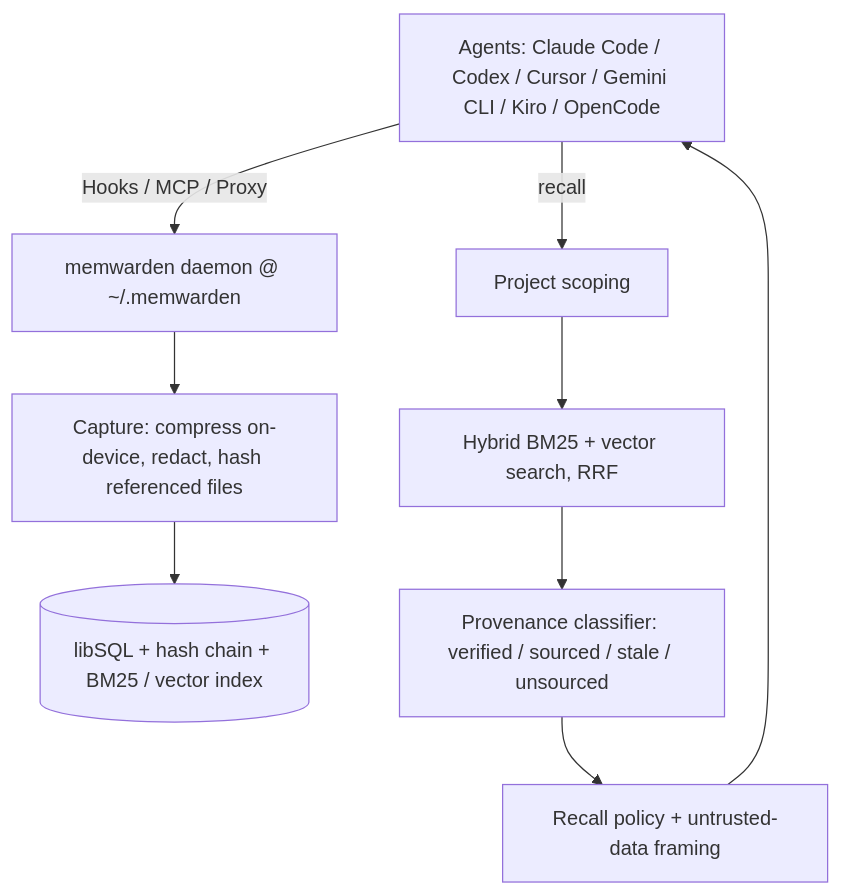
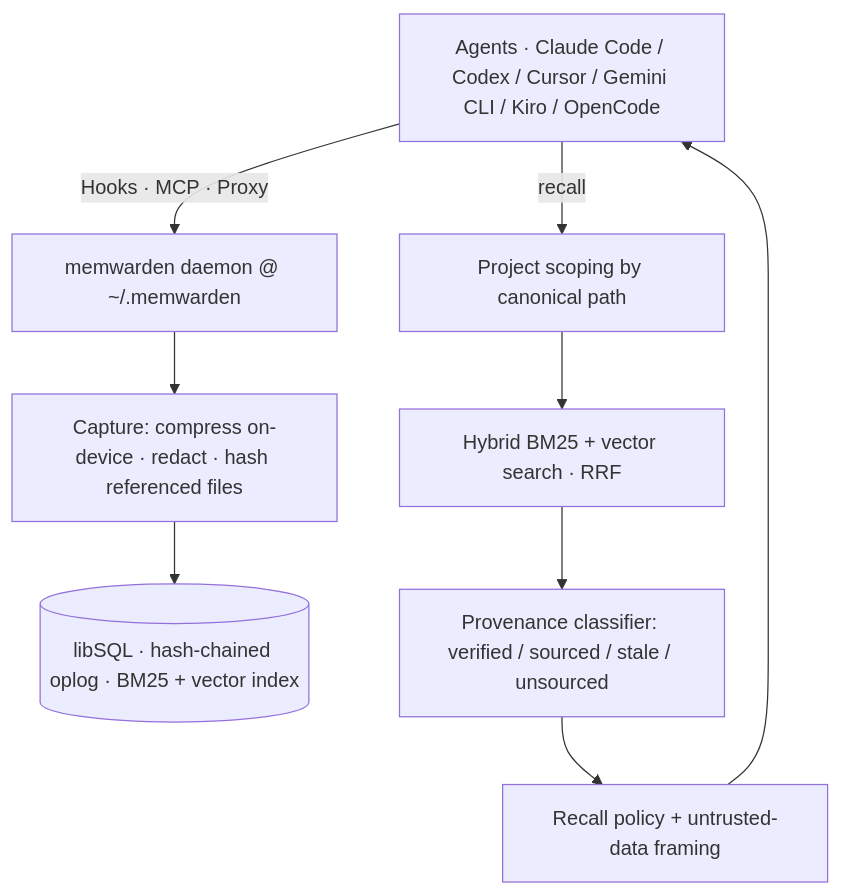
The diagram in README.md (saiyam1814/memwarden), drawn with Mermaid before and after one commit. The commit also changed other lines of this file and 3 other files, not shown here.

````diff
--- a/README.md
+++ b/README.md
@@ -171,12 +133,12 @@
 ```mermaid
 flowchart TB
-  A[Agents: Claude Code / Codex / Cursor / Gemini CLI / Kiro / OpenCode]
-  A -->|Hooks / MCP / Proxy| D[memwarden daemon @ ~/.memwarden]
-  D --> C[Capture: compress on-device, redact, hash referenced files]
-  C --> S[(libSQL + hash chain + BM25 / vector index)]
-  A -->|recall| P[Project scoping]
-  P --> H[Hybrid BM25 + vector search, RRF]
-  H --> V[Provenance classifier: verified / sourced / stale / unsourced]
+  A["Agents · Claude Code / Codex / Cursor / Gemini CLI / Kiro / OpenCode"]
+  A -->|Hooks · MCP · Proxy| D["memwarden daemon @ ~/.memwarden"]
+  D --> C["Capture: compress on-device · redact · hash referenced files"]
+  C --> S[("libSQL · hash-chained oplog · BM25 + vector index")]
+  A -->|recall| P[Project scoping by canonical path]
+  P --> H[Hybrid BM25 + vector search · RRF]
+  H --> V["Provenance classifier: verified / sourced / stale / unsourced"]
   V --> R[Recall policy + untrusted-data framing]
   R --> A
 ```
````
